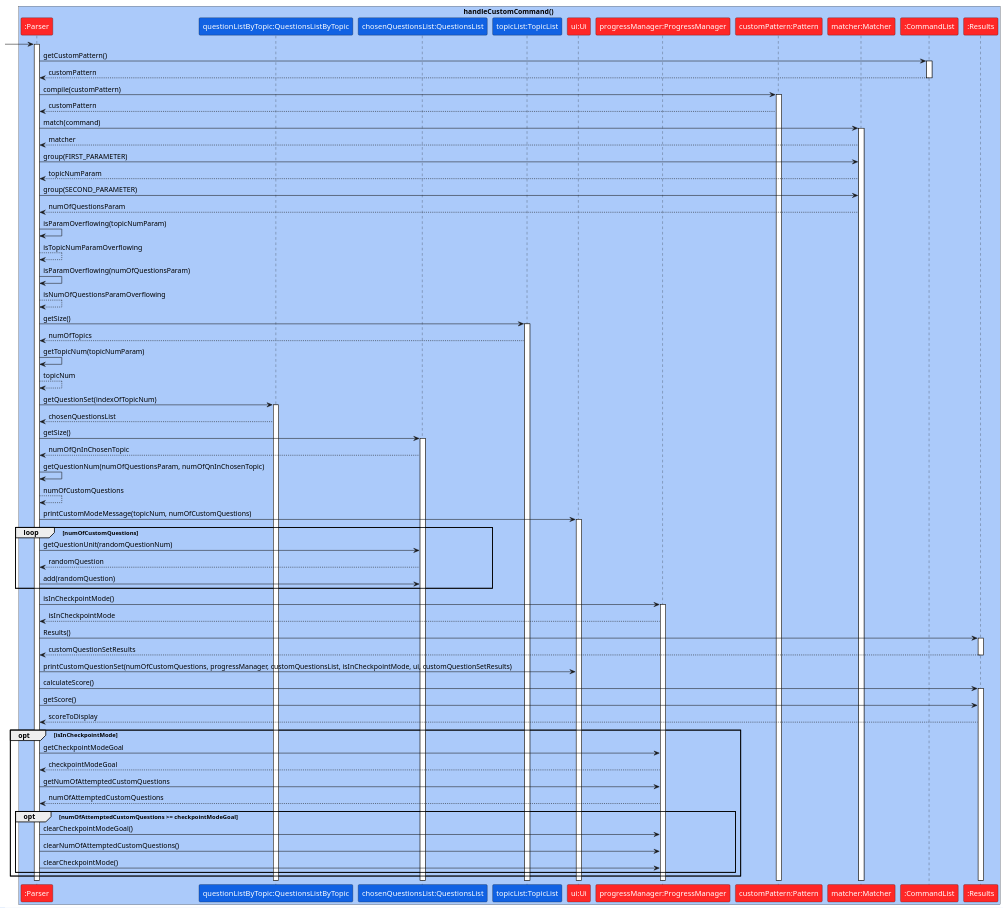
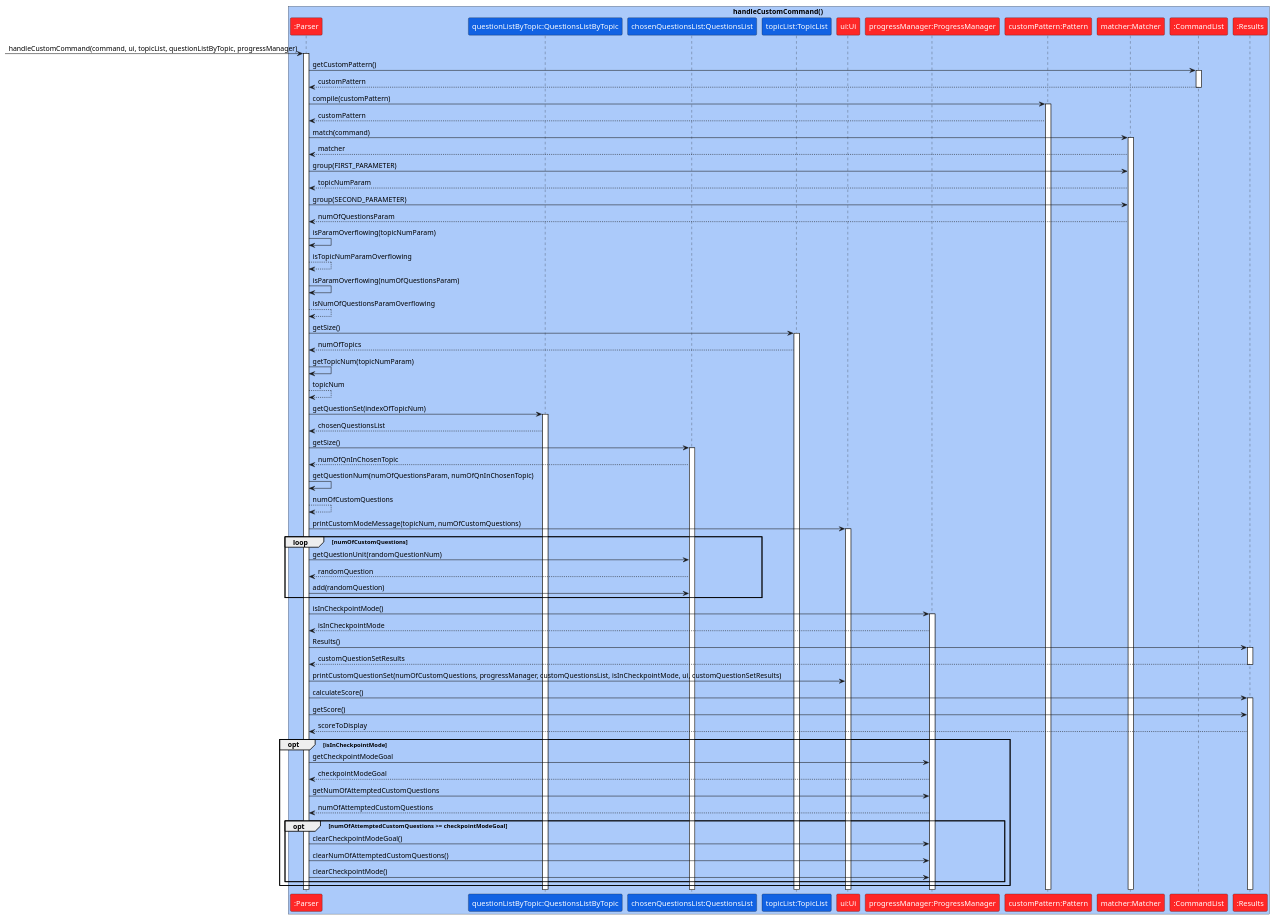
The diagram in docs/diagrams/Custom.puml (yuhengr/tp), drawn with PlantUML before and after one commit. The commit also changed 2 other files, not shown here.

```diff
--- a/docs/diagrams/Custom.puml
+++ b/docs/diagrams/Custom.puml
@@ -1,103 +1,103 @@
 @startuml
 skinparam ParticipantFontColor #FFFFFF
 
 box handleCustomCommand() #ABCAFA
 participant ":Parser" as Parser #FE2727
 participant "questionListByTopic:QuestionsListByTopic" as QuestionsListByTopic #1162E3
 participant "chosenQuestionsList:QuestionsList" as QuestionsList #1162E3
 participant "topicList:TopicList" as TopicList #1162E3
 participant "ui:Ui" as Ui #FE2727
 participant "progressManager:ProgressManager" as ProgressManager #FE2727
 participant "customPattern:Pattern" as Pattern #FE2727
 participant "matcher:Matcher" as Matcher #FE2727
 participant ":CommandList" as CommandList #FE2727
 participant ":Results" as Results #FE2727
 end box
 
--> Parser:
+-> Parser: handleCustomCommand(command, ui, topicList, questionListByTopic, progressManager)
 activate Parser
 
 Parser -> CommandList : getCustomPattern()
 activate CommandList
 CommandList --> Parser : customPattern
 deactivate CommandList
 
 Parser -> Pattern : compile(customPattern)
 activate Pattern
 Pattern --> Parser : customPattern
 
 Parser -> Matcher : match(command)
 activate Matcher
 Matcher --> Parser : matcher
 
 Parser -> Matcher : group(FIRST_PARAMETER)
 Matcher --> Parser : topicNumParam
 
 Parser -> Matcher : group(SECOND_PARAMETER)
 Matcher --> Parser : numOfQuestionsParam
 
 Parser -> Parser : isParamOverflowing(topicNumParam)
 Parser --> Parser : isTopicNumParamOverflowing
 
 Parser -> Parser : isParamOverflowing(numOfQuestionsParam)
 Parser --> Parser : isNumOfQuestionsParamOverflowing
 
 Parser -> TopicList : getSize()
 activate TopicList
 TopicList --> Parser : numOfTopics
 
 Parser -> Parser : getTopicNum(topicNumParam)
 Parser --> Parser : topicNum
 
 Parser -> QuestionsListByTopic : getQuestionSet(indexOfTopicNum)
 activate QuestionsListByTopic
 QuestionsListByTopic --> Parser : chosenQuestionsList
 
 Parser -> QuestionsList : getSize()
 activate QuestionsList
 QuestionsList --> Parser : numOfQnInChosenTopic
 
 Parser -> Parser : getQuestionNum(numOfQuestionsParam, numOfQnInChosenTopic)
 Parser --> Parser : numOfCustomQuestions
 
 Parser -> Ui : printCustomModeMessage(topicNum, numOfCustomQuestions)
 activate Ui
 
 loop numOfCustomQuestions
     Parser -> QuestionsList : getQuestionUnit(randomQuestionNum)
     QuestionsList --> Parser : randomQuestion
     Parser -> QuestionsList : add(randomQuestion)
 end
 
 Parser -> ProgressManager : isInCheckpointMode()
 activate ProgressManager
 ProgressManager --> Parser : isInCheckpointMode
 
 Parser -> Results : Results()
 activate Results
 Results --> Parser : customQuestionSetResults
 deactivate Results
 
 Parser -> Ui : printCustomQuestionSet(numOfCustomQuestions, progressManager, customQuestionsList, isInCheckpointMode, ui, customQuestionSetResults)
 
 Parser -> Results : calculateScore()
 activate Results
 
 Parser -> Results : getScore()
 Results --> Parser : scoreToDisplay
 
 opt isInCheckpointMode
     Parser -> ProgressManager : getCheckpointModeGoal
     ProgressManager --> Parser : checkpointModeGoal
     Parser -> ProgressManager : getNumOfAttemptedCustomQuestions
     ProgressManager --> Parser : numOfAttemptedCustomQuestions
 
     opt numOfAttemptedCustomQuestions >= checkpointModeGoal
         Parser -> ProgressManager : clearCheckpointModeGoal()
         Parser -> ProgressManager : clearNumOfAttemptedCustomQuestions()
         Parser -> ProgressManager : clearCheckpointMode()
     end
 end
 
 
 @enduml
```
